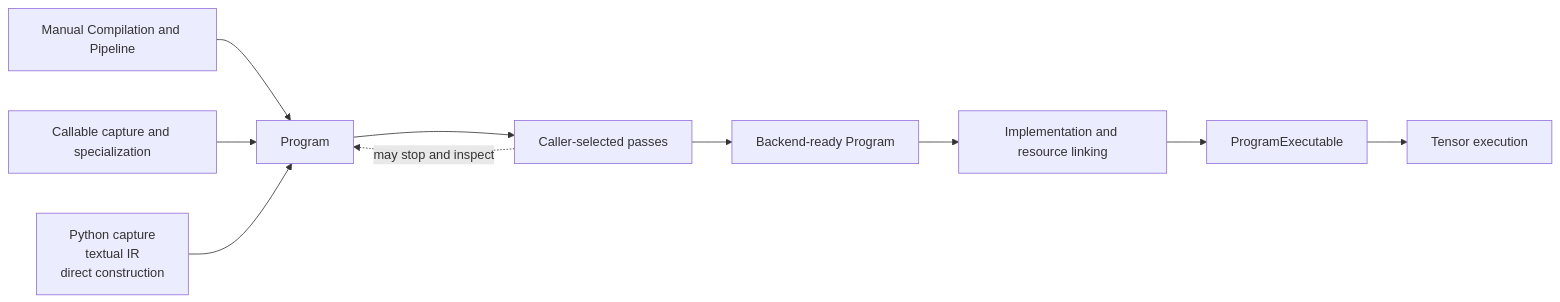
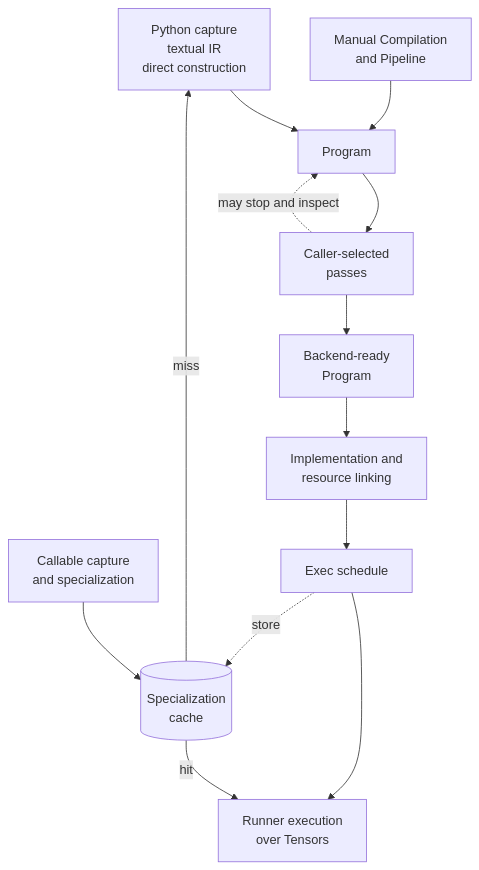
One commit to visualDust/fhelium changed the first of 2 diagrams in docs/concepts/open-compiler-stack.md. Above: the diagram before and after it, drawn with Mermaid. The commit also changed other lines of this file and 475 other files, not shown here.

````diff
--- a/docs/concepts/open-compiler-stack.md
+++ b/docs/concepts/open-compiler-stack.md
@@ -9,18 +9,21 @@
 ```mermaid
-graph LR
+graph TB
     SOURCE[Python capture<br/>textual IR<br/>direct construction]
-    MANUAL[Manual Compilation and Pipeline]
-    CALLABLE[Callable capture and specialization]
+    MANUAL[Manual Compilation<br/>and Pipeline]
+    CALLABLE[Callable capture<br/>and specialization]
+    CACHE[(Specialization<br/>cache)]
     PROGRAM[Program]
+    PASSES[Caller-selected<br/>passes]
+    READY[Backend-ready<br/>Program]
+    LINK[Implementation and<br/>resource linking]
+    SCHED[Exec schedule]
+    RUN[Runner execution<br/>over Tensors]
+
+    CALLABLE --> CACHE
+    CACHE -->|miss| SOURCE
     MANUAL --> PROGRAM
-    CALLABLE --> PROGRAM
-    PASSES[Caller-selected passes]
-    READY[Backend-ready Program]
-    LINK[Implementation and resource linking]
-    EXEC[ProgramExecutable]
-    RUN[Tensor execution]
-
-    SOURCE --> PROGRAM
-    PROGRAM --> PASSES --> READY --> LINK --> EXEC --> RUN
+    SOURCE --> PROGRAM --> PASSES --> READY --> LINK --> SCHED --> RUN
+    SCHED -. store .-> CACHE
+    CACHE -->|hit| RUN
     PASSES -. may stop and inspect .-> PROGRAM
 ```
````
